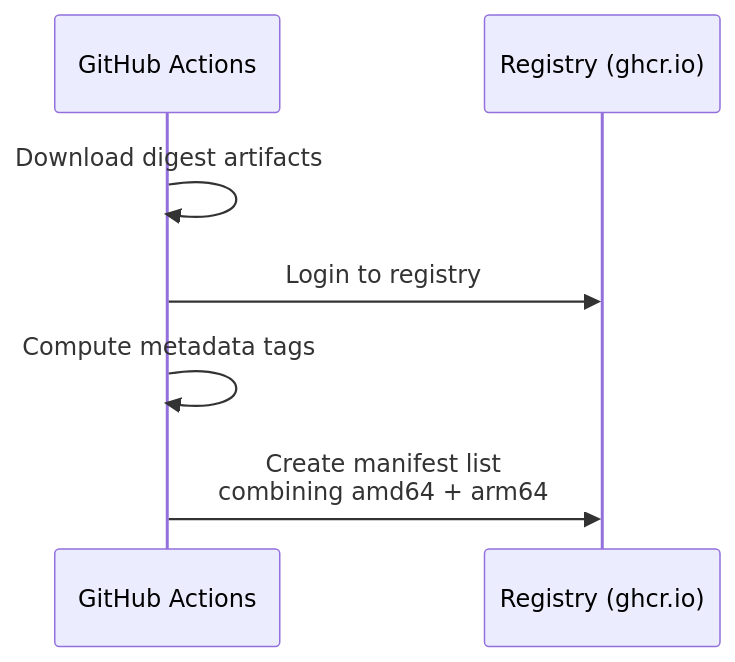
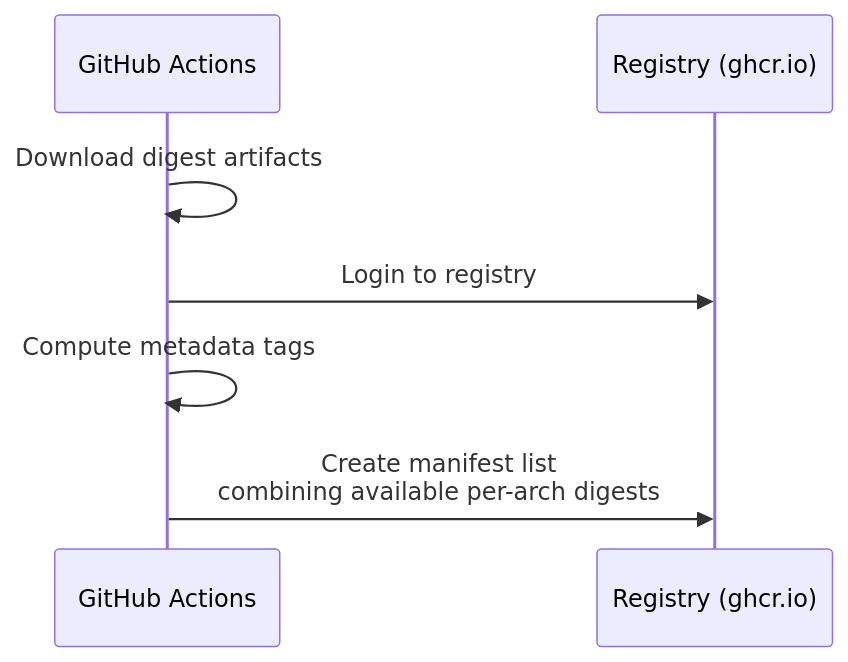
One commit to eic/containers changed the third of 4 diagrams in docs/build-pipeline.md. Above: the diagram before and after it, drawn with Mermaid. The commit also changed other lines of this file and 3 other files, not shown here.

````diff
--- a/docs/build-pipeline.md
+++ b/docs/build-pipeline.md
@@ -85,10 +99,10 @@
 ```mermaid
 sequenceDiagram
     participant GH as GitHub Actions
     participant R as Registry (ghcr.io)
 
     GH->>GH: Download digest artifacts
     GH->>R: Login to registry
     GH->>GH: Compute metadata tags
-    GH->>R: Create manifest list<br/>combining amd64 + arm64
+    GH->>R: Create manifest list<br/>combining available per-arch digests
 ```
````
